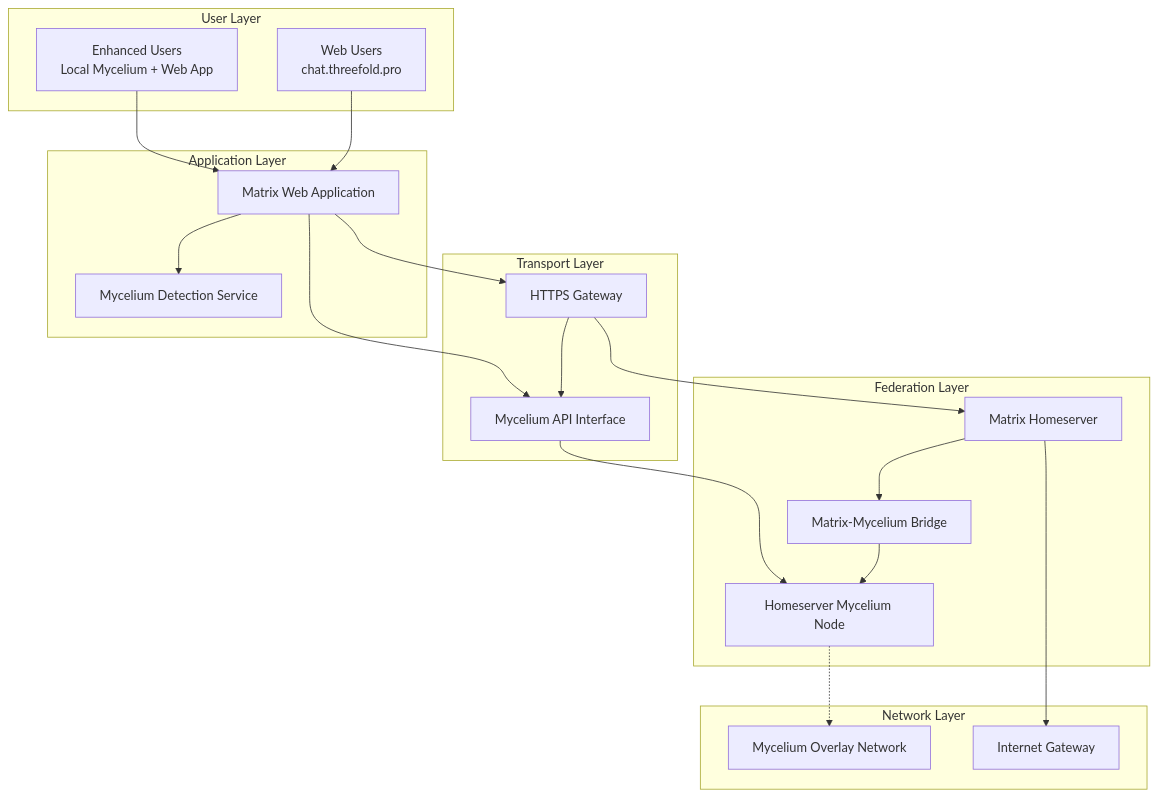
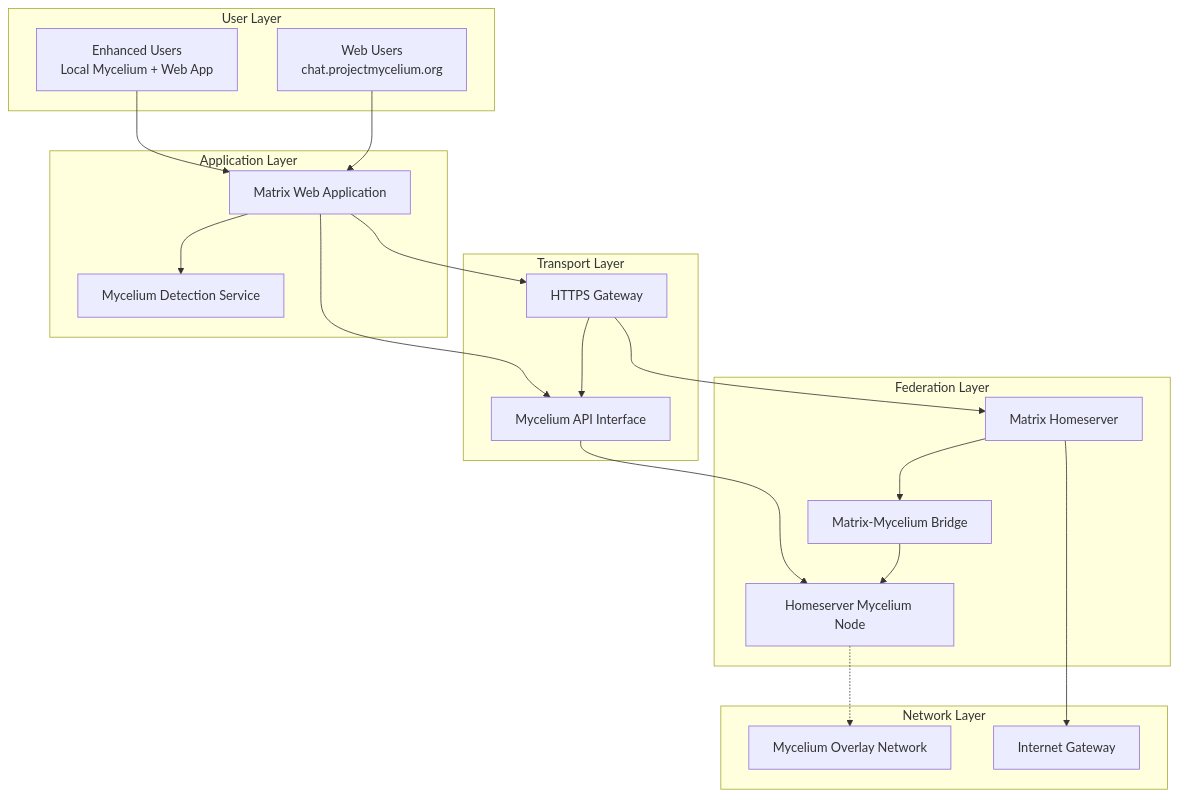
The first of 4 diagrams in docs/dev/archive/ARCHITECTURE.md (mik-tf/mycelium-matrix-chat), drawn with Mermaid before and after one commit. The commit also changed 13 other files, not shown here.

Commit message:
feat: Update domain references from chat.threefold.pro to chat.projectmycelium.org

````diff
--- a/docs/dev/archive/ARCHITECTURE.md
+++ b/docs/dev/archive/ARCHITECTURE.md
@@ -11,41 +11,41 @@
 ```mermaid
 graph TB
     subgraph "User Layer"
-        WebUser[Web Users<br/>chat.threefold.pro]
+        WebUser[Web Users<br/>chat.projectmycelium.org]
         EnhancedUser[Enhanced Users<br/>Local Mycelium + Web App]
     end
     
     subgraph "Application Layer"
         WebApp[Matrix Web Application]
         DetectionService[Mycelium Detection Service]
         WebApp --> DetectionService
     end
     
     subgraph "Transport Layer"
         HTTPSGateway[HTTPS Gateway]
         MyceliumAPI[Mycelium API Interface]
         HTTPSGateway --> MyceliumAPI
     end
     
     subgraph "Federation Layer"
         MatrixHomeserver[Matrix Homeserver]
         MyceliumBridge[Matrix-Mycelium Bridge]
         MyceliumNode[Homeserver Mycelium Node]
         MatrixHomeserver --> MyceliumBridge
         MyceliumBridge --> MyceliumNode
     end
     
     subgraph "Network Layer"
         MyceliumOverlay[Mycelium Overlay Network]
         InternetGateway[Internet Gateway]
     end
     
     WebUser --> WebApp
     EnhancedUser --> WebApp
     WebApp --> HTTPSGateway
     WebApp --> MyceliumAPI
     HTTPSGateway --> MatrixHomeserver
     MyceliumAPI --> MyceliumNode
     MyceliumNode -.-> MyceliumOverlay
     MatrixHomeserver --> InternetGateway
 ```
````
